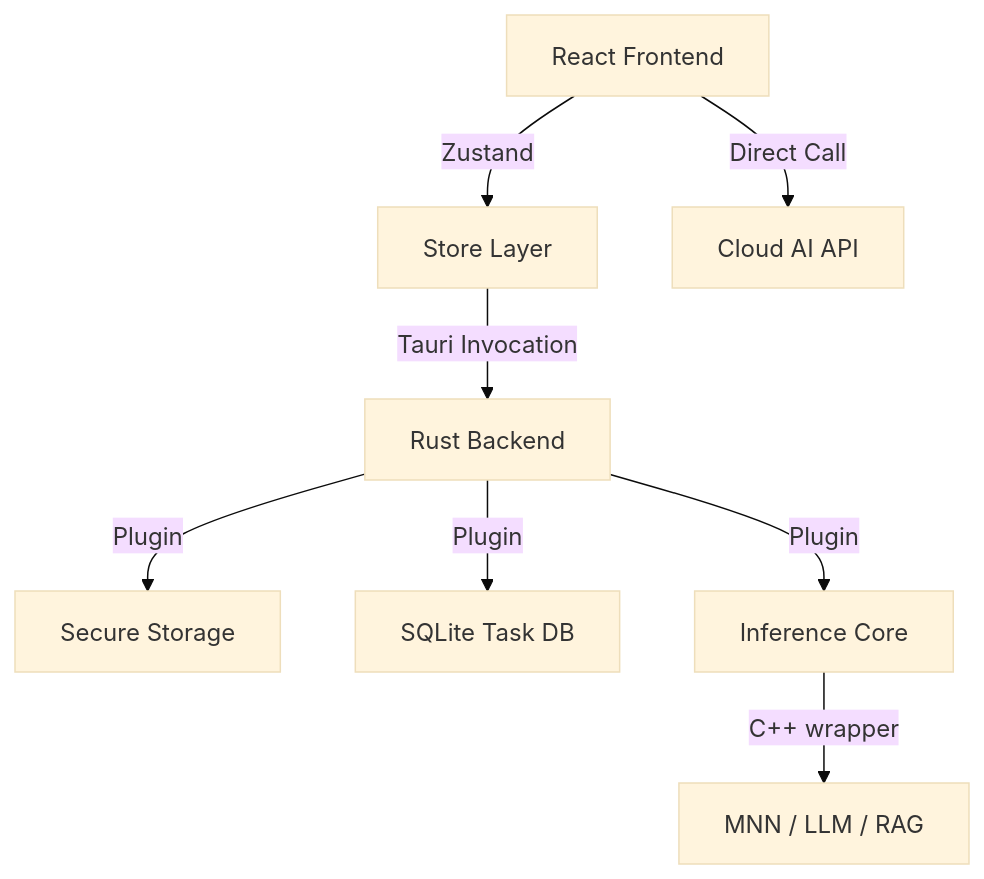
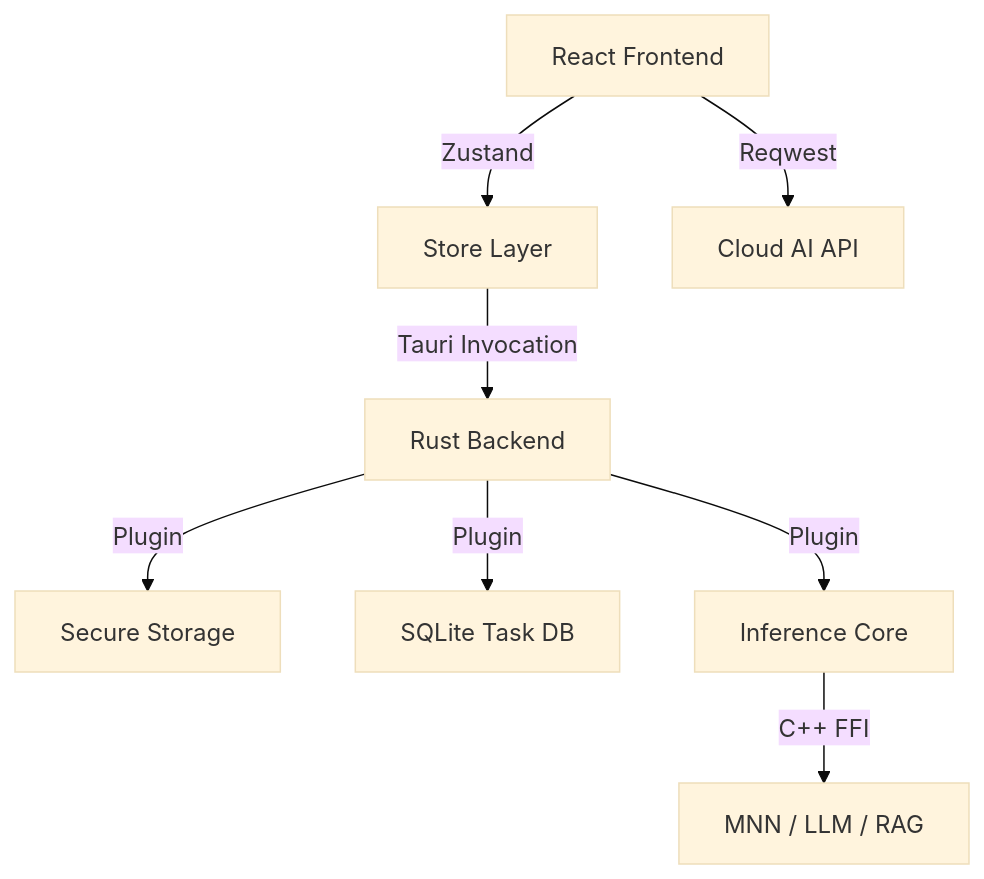
One commit to NautiPlan/NautiPlan changed the diagram in README.md. Above: the diagram before and after it, drawn with Mermaid (base theme). The commit also changed other lines of this file and 7 other files, not shown here.

````diff
--- a/README.md
+++ b/README.md
@@ -94,10 +113,10 @@
 ```mermaid
 graph TD
     A[React Frontend] -->|Zustand| B[Store Layer]
     B -->|Tauri Invocation| C[Rust Backend]
     C -->|Plugin| D[Secure Storage]
     C -->|Plugin| E[SQLite Task DB]
     C -->|Plugin| F[Inference Core]
-    F -->|C++ wrapper| G[MNN / LLM / RAG]
-    A -->|Direct Call| H[Cloud AI API]
+    F -->|C++ FFI| G[MNN / LLM / RAG]
+    A -->|Reqwest| H[Cloud AI API]
 ```
````
